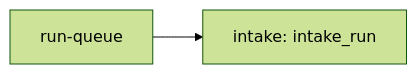
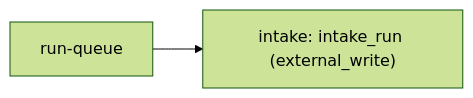
Diagram 25 of 30 in reports/2026-11-20-workflow-map/WORKFLOW-MAP.md (Jake36999/Librarian_V2), drawn with Mermaid (forest theme) before and after one commit. The commit also changed other lines of this file and 6 other files, not shown here.

````diff
--- a/reports/2026-11-20-workflow-map/WORKFLOW-MAP.md
+++ b/reports/2026-11-20-workflow-map/WORKFLOW-MAP.md
@@ -337,6 +337,6 @@
 ```mermaid
 flowchart LR
   s["run-queue"]
-  n0["intake: intake_run"]
+  n0["intake: intake_run (external_write)"]
   s --> n0
 ```
````
